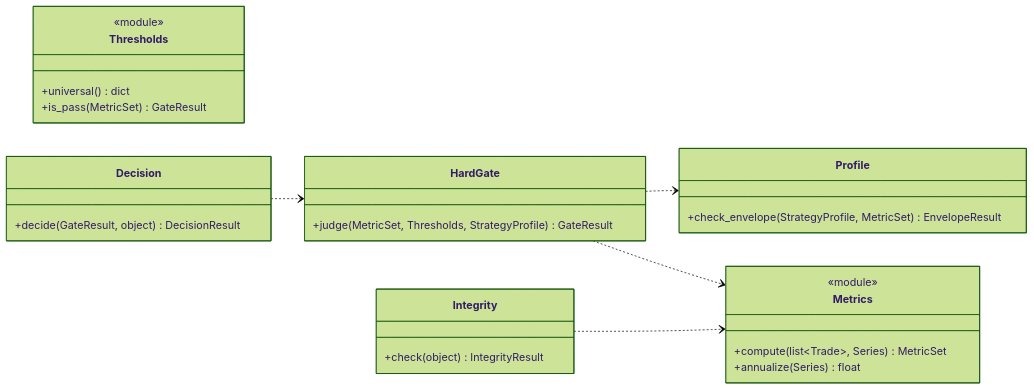
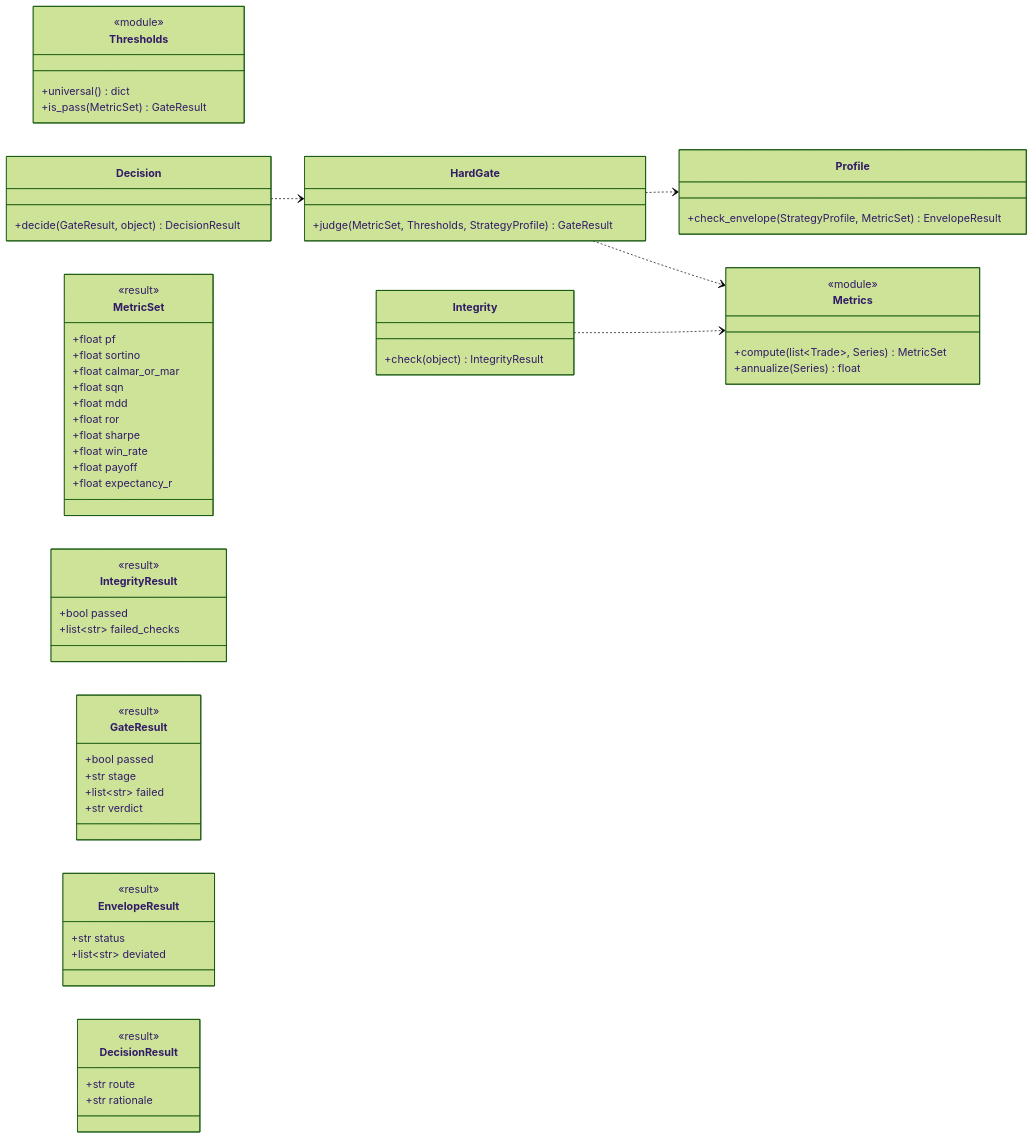
Before and after one commit to vessel35/trading-system-v2: diagram 16 of 17 in docs/fullspec/backtest_v2_detailed_design.md, drawn with Mermaid (forest theme). The commit also changed other lines of this file, not shown here.

````diff
--- a/docs/fullspec/backtest_v2_detailed_design.md
+++ b/docs/fullspec/backtest_v2_detailed_design.md
@@ -2301,30 +2330,65 @@
 ```mermaid
 classDiagram
     direction LR
     class Metrics {
         <<module>>
         +compute(list~Trade~, Series) MetricSet
         +annualize(Series) float
     }
     class Integrity {
         +check(object) IntegrityResult
     }
     class Thresholds {
         <<module>>
         +universal() dict
         +is_pass(MetricSet) GateResult
     }
     class Profile {
         +check_envelope(StrategyProfile, MetricSet) EnvelopeResult
     }
     class HardGate {
         +judge(MetricSet, Thresholds, StrategyProfile) GateResult
     }
     class Decision {
         +decide(GateResult, object) DecisionResult
     }
+    class MetricSet {
+        <<result>>
+        +float pf
+        +float sortino
+        +float calmar_or_mar
+        +float sqn
+        +float mdd
+        +float ror
+        +float sharpe
+        +float win_rate
+        +float payoff
+        +float expectancy_r
+    }
+    class IntegrityResult {
+        <<result>>
+        +bool passed
+        +list~str~ failed_checks
+    }
+    class GateResult {
+        <<result>>
+        +bool passed
+        +str stage
+        +list~str~ failed
+        +str verdict
+    }
+    class EnvelopeResult {
+        <<result>>
+        +str status
+        +list~str~ deviated
+    }
+    class DecisionResult {
+        <<result>>
+        +str route
+        +str rationale
+    }
     HardGate ..> Profile
     HardGate ..> Metrics
     Decision ..> HardGate
     Integrity ..> Metrics
 ```
````
